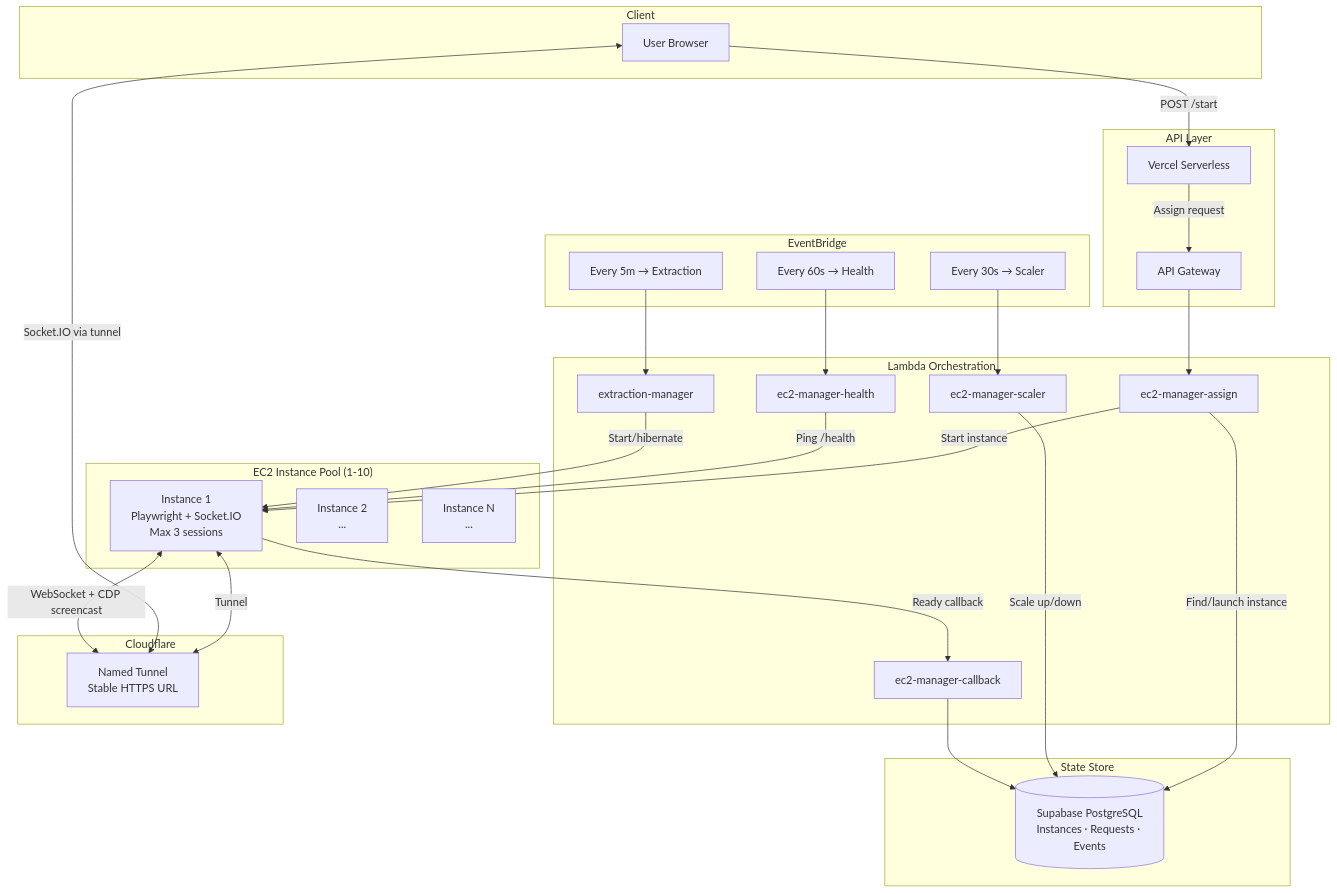
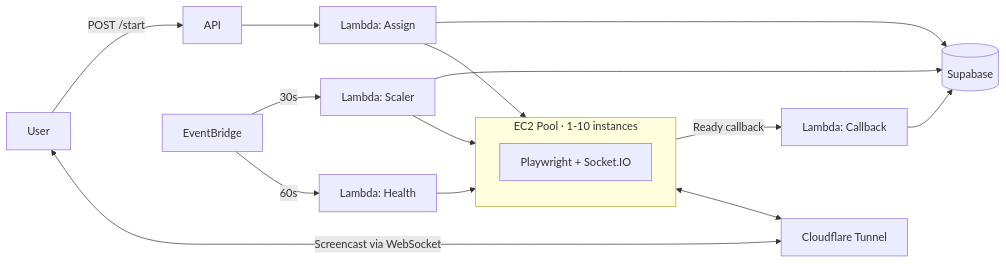
One commit to kar69-96/browser-fleet changed the diagram in README.md. Above: the diagram before and after it, drawn with Mermaid.

Commit message:
docs: simplify architecture diagram

````diff
--- a/README.md
+++ b/README.md
@@ -7,53 +7,21 @@
 ```mermaid
-graph TB
-    subgraph Client
-        U[User Browser]
+graph LR
+    User -->|POST /start| API
+    API --> Assign[Lambda: Assign]
+    Assign --> DB[(Supabase)]
+    Assign --> Pool
+
+    EventBridge -->|30s| Scaler[Lambda: Scaler]
+    EventBridge -->|60s| Health[Lambda: Health]
+    Scaler --> DB
+    Scaler --> Pool
+    Health --> Pool
+
+    subgraph Pool[EC2 Pool · 1-10 instances]
+        EC2[Playwright + Socket.IO]
     end
 
-    subgraph "API Layer"
-        AG[API Gateway]
-        VS[Vercel Serverless]
-    end
-
-    subgraph "Lambda Orchestration"
-        LA[ec2-manager-assign]
-        LS[ec2-manager-scaler]
-        LH[ec2-manager-health]
-        LC[ec2-manager-callback]
-        LE[extraction-manager]
-    end
-
-    subgraph "EventBridge"
-        EB1[Every 30s → Scaler]
-        EB2[Every 60s → Health]
-        EB3[Every 5m → Extraction]
-    end
-
-    subgraph "EC2 Instance Pool (1-10)"
-        E1[Instance 1<br/>Playwright + Socket.IO<br/>Max 3 sessions]
-        E2[Instance 2<br/>...]
-        EN[Instance N<br/>...]
-    end
-
-    subgraph "Cloudflare"
-        CF[Named Tunnel<br/>Stable HTTPS URL]
-    end
-
-    subgraph "State Store"
-        SB[(Supabase PostgreSQL<br/>Instances · Requests · Events)]
-    end
-
-    U -->|POST /start| VS
-    VS -->|Assign request| AG --> LA
-    LA -->|Find/launch instance| SB
-    LA -->|Start instance| E1
-
-    EB1 --> LS -->|Scale up/down| SB
-    EB2 --> LH -->|Ping /health| E1
-    EB3 --> LE -->|Start/hibernate| E1
-
-    E1 -->|Ready callback| LC --> SB
-    E1 <-->|Tunnel| CF
-    U <-->|Socket.IO via tunnel| CF
-    CF <-->|WebSocket + CDP screencast| E1
+    Pool -->|Ready callback| Callback[Lambda: Callback] --> DB
+    Pool <--> Tunnel[Cloudflare Tunnel]
+    User <-->|Screencast via WebSocket| Tunnel
 ```
````
